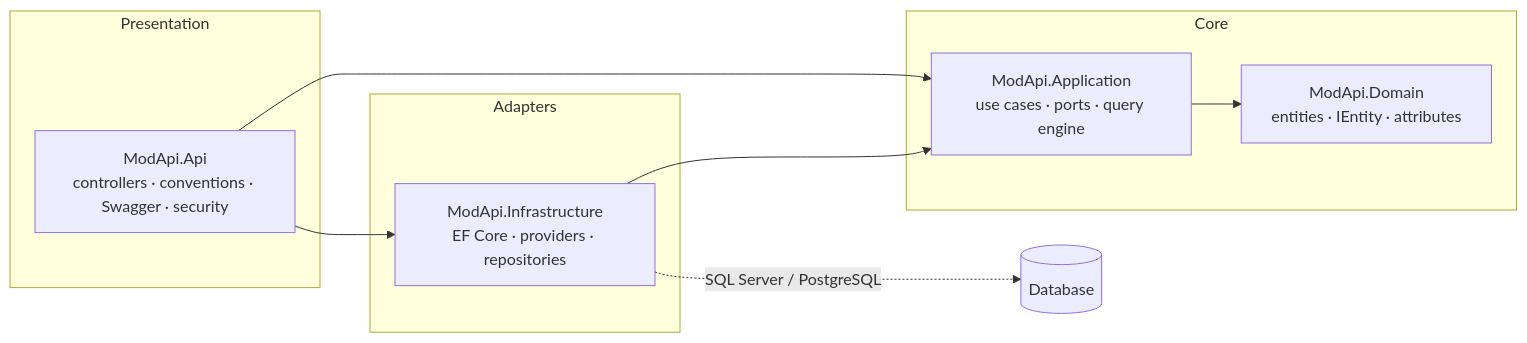
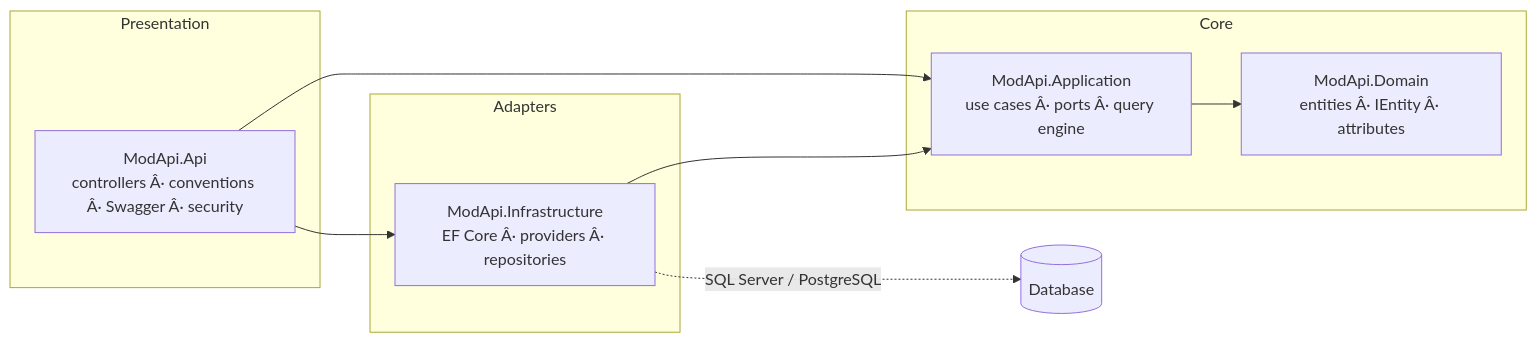
One commit to Chasertx/demoApi changed the first of 4 diagrams in README.md. Above: the diagram before and after it, drawn with Mermaid. The commit also changed other lines of this file and 100 other files, not shown here.

````diff
--- a/README.md
+++ b/README.md
@@ -111,18 +111,18 @@
 ```mermaid
 flowchart LR
     subgraph Presentation
-        API[ModApi.Api<br/>controllers · conventions · Swagger · security]
+        API[ModApi.Api<br/>controllers Â· conventions Â· Swagger Â· security]
     end
     subgraph Core
-        APP[ModApi.Application<br/>use cases · ports · query engine]
-        DOM[ModApi.Domain<br/>entities · IEntity · attributes]
+        APP[ModApi.Application<br/>use cases Â· ports Â· query engine]
+        DOM[ModApi.Domain<br/>entities Â· IEntity Â· attributes]
     end
     subgraph Adapters
-        INF[ModApi.Infrastructure<br/>EF Core · providers · repositories]
+        INF[ModApi.Infrastructure<br/>EF Core Â· providers Â· repositories]
     end
     API --> APP
     API --> INF
     INF --> APP
     APP --> DOM
     INF -.->|SQL Server / PostgreSQL| DB[(Database)]
 ```
````
